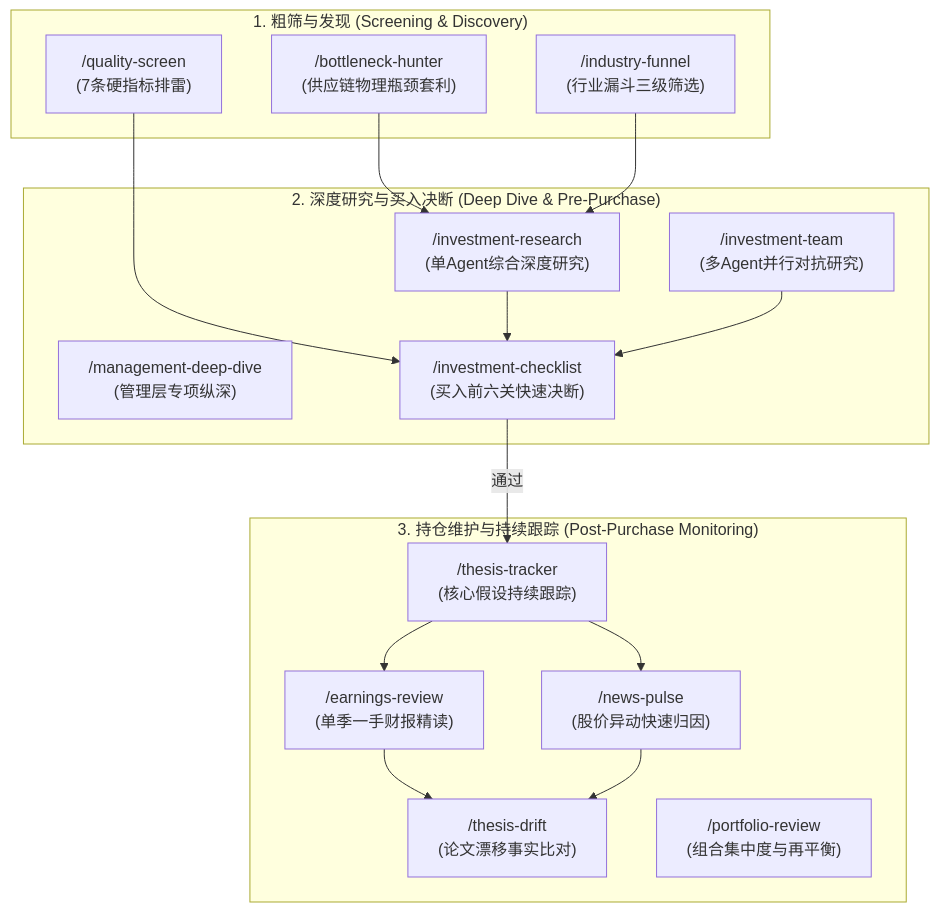
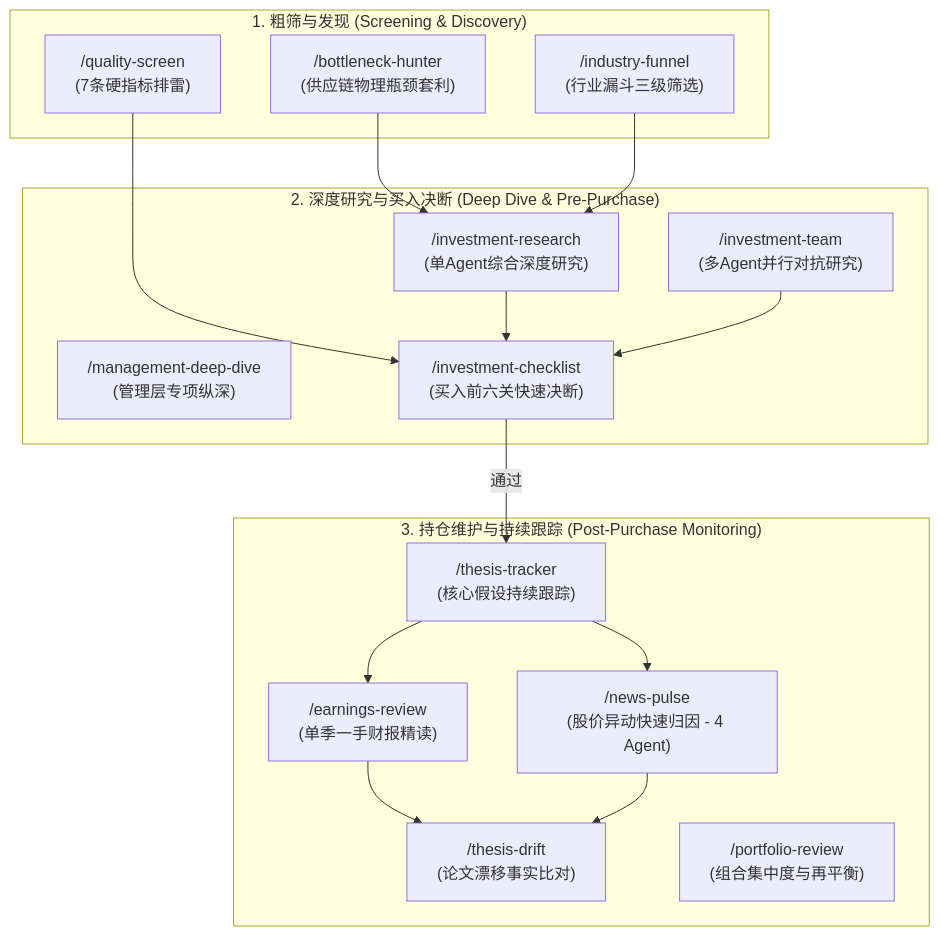
Before and after one commit to carllx/investment-lab: the diagram in docs/research/ai-berkshire-source-harvest.md, drawn with Mermaid. The commit also changed other lines of this file, not shown here.

````diff
--- a/docs/research/ai-berkshire-source-harvest.md
+++ b/docs/research/ai-berkshire-source-harvest.md
@@ -289,34 +307,34 @@
 ```mermaid
 flowchart TD
     subgraph S1["1. 粗筛与发现 (Screening & Discovery)"]
         QS["/quality-screen<br>(7条硬指标排雷)"]
         IF["/industry-funnel<br>(行业漏斗三级筛选)"]
         BH["/bottleneck-hunter<br>(供应链物理瓶颈套利)"]
     end
 
     subgraph S2["2. 深度研究与买入决断 (Deep Dive & Pre-Purchase)"]
         IR["/investment-research<br>(单Agent综合深度研究)"]
         IT["/investment-team<br>(多Agent并行对抗研究)"]
         MDD["/management-deep-dive<br>(管理层专项纵深)"]
         IC["/investment-checklist<br>(买入前六关快速决断)"]
     end
 
     subgraph S3["3. 持仓维护与持续跟踪 (Post-Purchase Monitoring)"]
         ER["/earnings-review<br>(单季一手财报精读)"]
-        NP["/news-pulse<br>(股价异动快速归因)"]
+        NP["/news-pulse<br>(股价异动快速归因 - 4 Agent)"]
         TT["/thesis-tracker<br>(核心假设持续跟踪)"]
         TD["/thesis-drift<br>(论文漂移事实比对)"]
         PR["/portfolio-review<br>(组合集中度与再平衡)"]
     end
 
     QS --> IC
     BH --> IR
     IF --> IR
     IR --> IC
     IT --> IC
     IC -->|通过| TT
     TT --> ER
     TT --> NP
     ER --> TD
     NP --> TD
 ```
````
